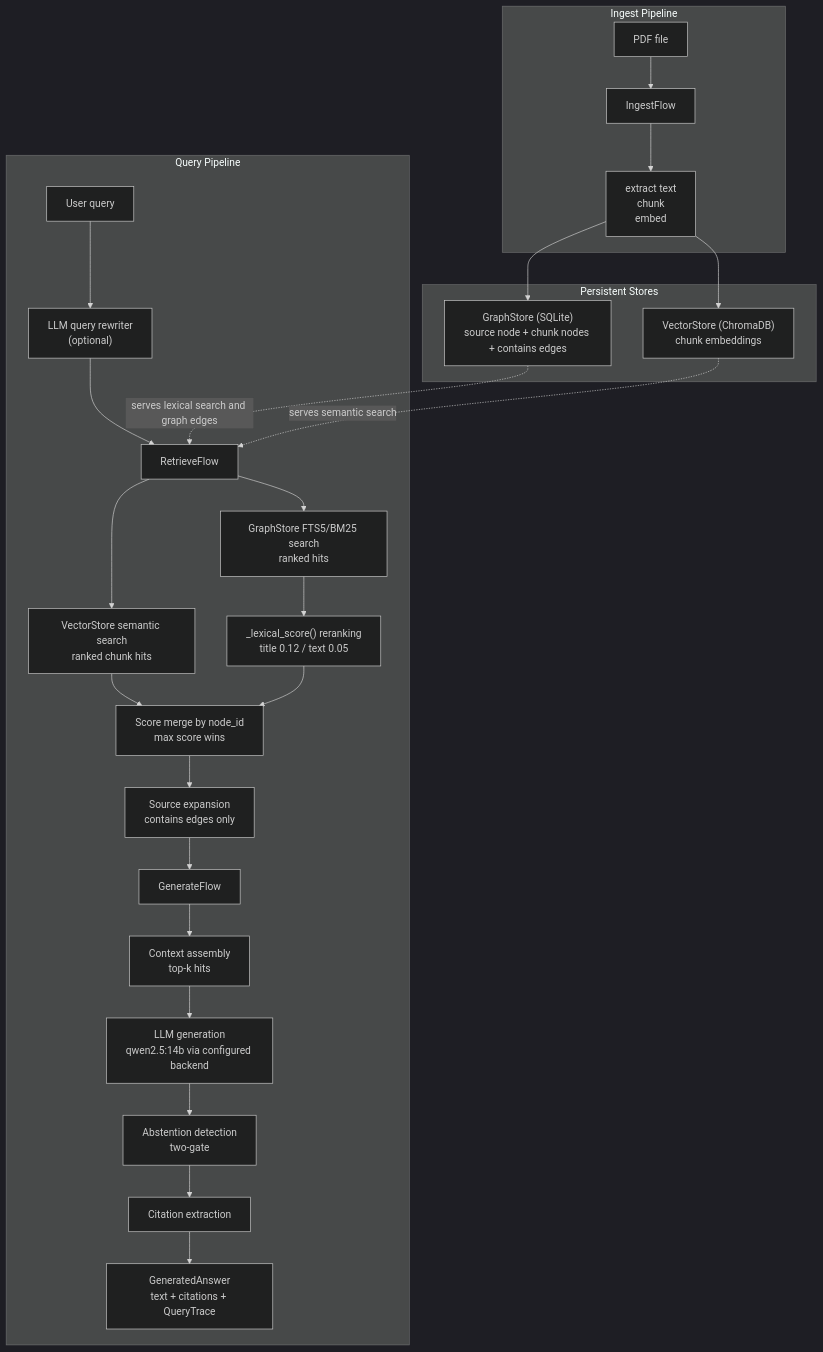
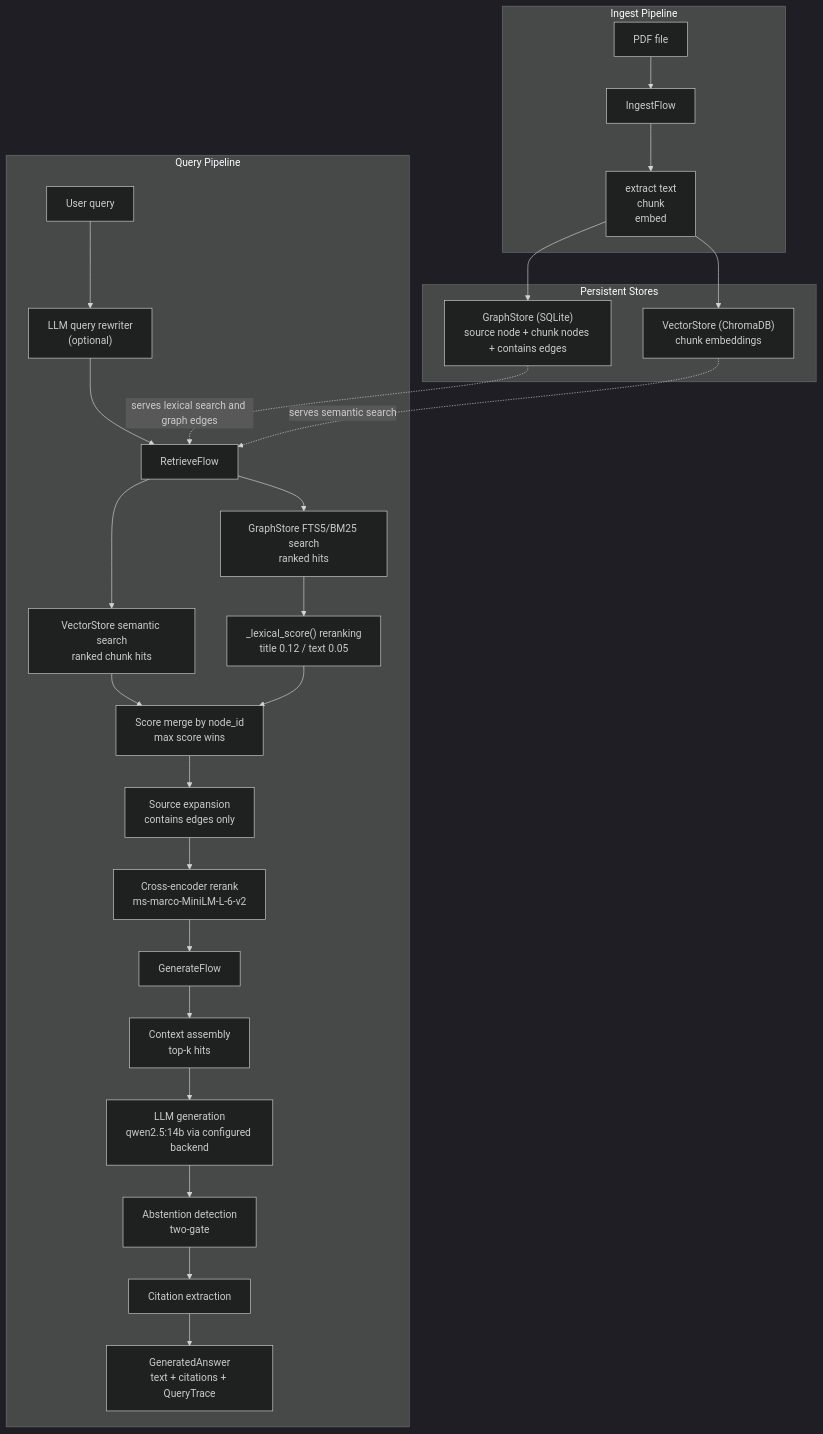
One commit to DmcpEI/Research-Continuity-Agent changed the diagram in README.md. Above: the diagram before and after it, drawn with Mermaid (dark theme). The commit also changed other lines of this file and 13 other files, not shown here.

First line of the commit message:
Feat: cross-encoder reranking (item 3)

````diff
--- a/README.md
+++ b/README.md
@@ -9,42 +9,43 @@
 ```mermaid
 flowchart TD
     subgraph Ingest["Ingest Pipeline"]
         PDF["PDF file"]
         IF["IngestFlow"]
         Extract["extract text<br/>chunk<br/>embed"]
         PDF --> IF --> Extract
     end
 
     subgraph Storage["Persistent Stores"]
         GS["GraphStore (SQLite)<br/>source node + chunk nodes + contains edges"]
         VS["VectorStore (ChromaDB)<br/>chunk embeddings"]
     end
 
     subgraph Query["Query Pipeline"]
         UQ["User query"]
         RW["LLM query rewriter<br/>(optional)"]
         RF["RetrieveFlow"]
         VQ["VectorStore semantic search<br/>ranked chunk hits"]
         FTS["GraphStore FTS5/BM25 search<br/>ranked hits"]
         LEX["_lexical_score() reranking<br/>title 0.12 / text 0.05"]
         MERGE["Score merge by node_id<br/>max score wins"]
         EXPAND["Source expansion<br/>contains edges only"]
+        RERANK["Cross-encoder rerank<br/>ms-marco-MiniLM-L-6-v2"]
         GF["GenerateFlow"]
         CTX["Context assembly<br/>top-k hits"]
         LLM["LLM generation<br/>qwen2.5:14b via configured backend"]
         ABS["Abstention detection<br/>two-gate"]
         CITE["Citation extraction"]
         OUT["GeneratedAnswer<br/>text + citations + QueryTrace"]
 
         UQ --> RW --> RF
         RF --> VQ --> MERGE
         RF --> FTS --> LEX --> MERGE
-        MERGE --> EXPAND --> GF
+        MERGE --> EXPAND --> RERANK --> GF
         GF --> CTX --> LLM --> ABS --> CITE --> OUT
     end
 
     Extract --> GS
     Extract --> VS
     GS -. "serves lexical search and graph edges" .-> RF
     VS -. "serves semantic search" .-> RF
 ```
````
